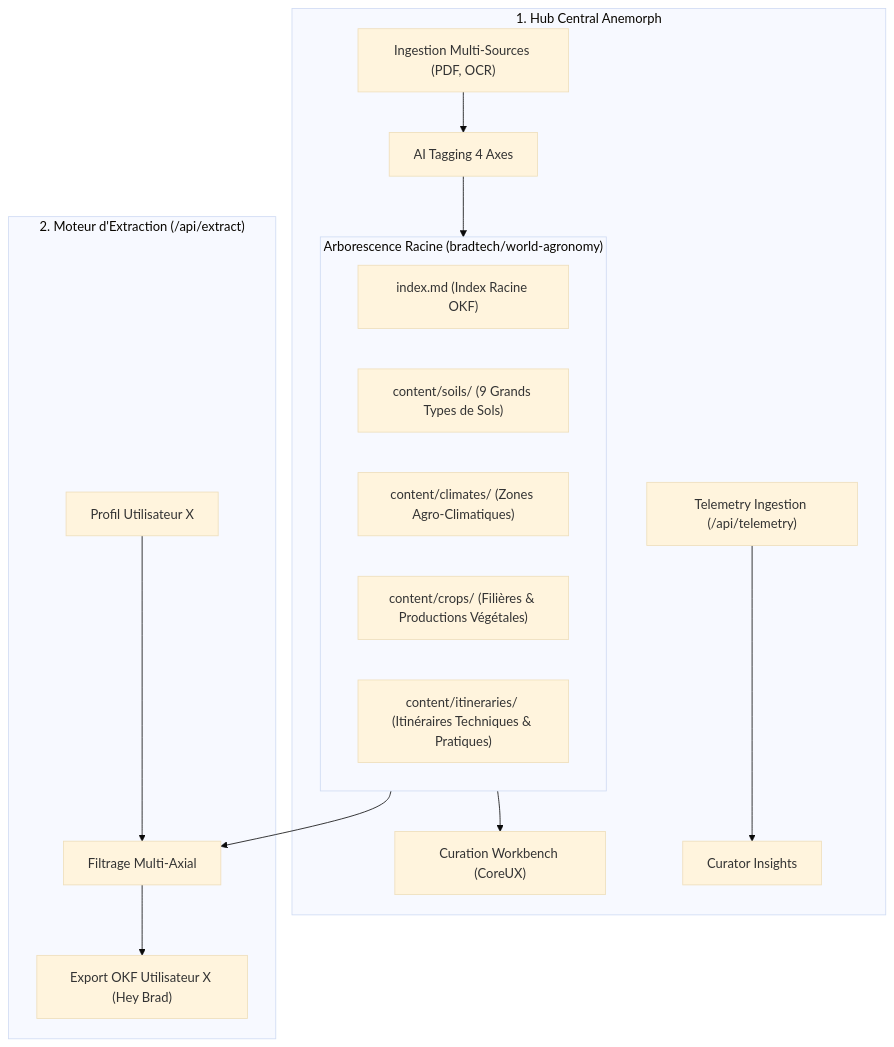
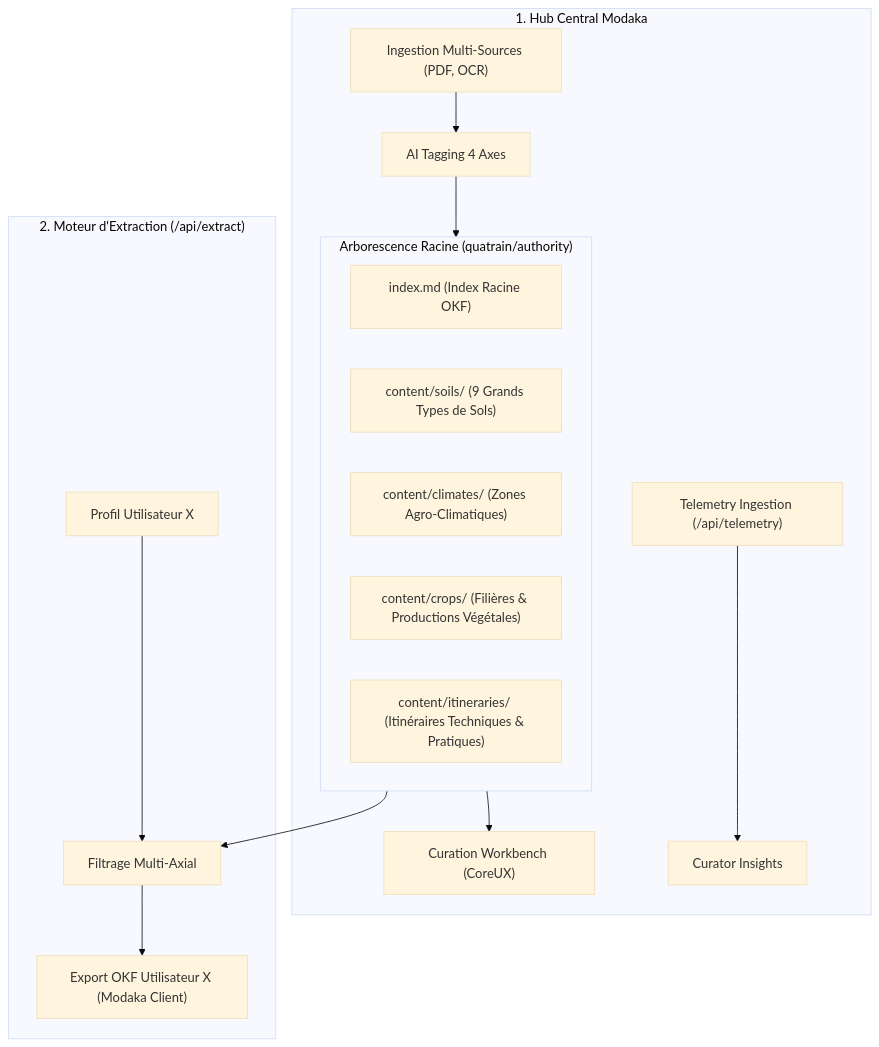
The diagram in POC_WORKBOOK.md (Quatrain/modaka-hub), drawn with Mermaid (base theme) before and after one commit. The commit also changed other lines of this file and 36 other files, not shown here.

````diff
--- a/POC_WORKBOOK.md
+++ b/POC_WORKBOOK.md
@@ -14,23 +14,23 @@
 ```mermaid
 flowchart TD
-    subgraph RootStructure ["Arborescence Racine (bradtech/world-agronomy)"]
+    subgraph RootStructure ["Arborescence Racine (quatrain/authority)"]
         RootIndex["index.md (Index Racine OKF)"]
         DirSoils["content/soils/ (9 Grands Types de Sols)"]
         DirClimates["content/climates/ (Zones Agro-Climatiques)"]
         DirCrops["content/crops/ (Filières & Productions Végétales)"]
         DirItineraries["content/itineraries/ (Itinéraires Techniques & Pratiques)"]
     end
 
-    subgraph Hub ["1. Hub Central Anemorph"]
+    subgraph Hub ["1. Hub Central Modaka"]
         RawDocs["Ingestion Multi-Sources (PDF, OCR)"] --> AI["AI Tagging 4 Axes"]
         AI --> RootStructure
         RootStructure --> Workbench["Curation Workbench (CoreUX)"]
         TelemetryCollector["Telemetry Ingestion (/api/telemetry)"] --> Analytics["Curator Insights"]
     end
 
     subgraph Extraction ["2. Moteur d'Extraction (/api/extract)"]
         UserProfile["Profil Utilisateur X"] --> FilterEngine["Filtrage Multi-Axial"]
         RootStructure --> FilterEngine
-        FilterEngine --> UserOKF["Export OKF Utilisateur X (Hey Brad)"]
+        FilterEngine --> UserOKF["Export OKF Utilisateur X (Modaka Client)"]
     end
 ```
````
